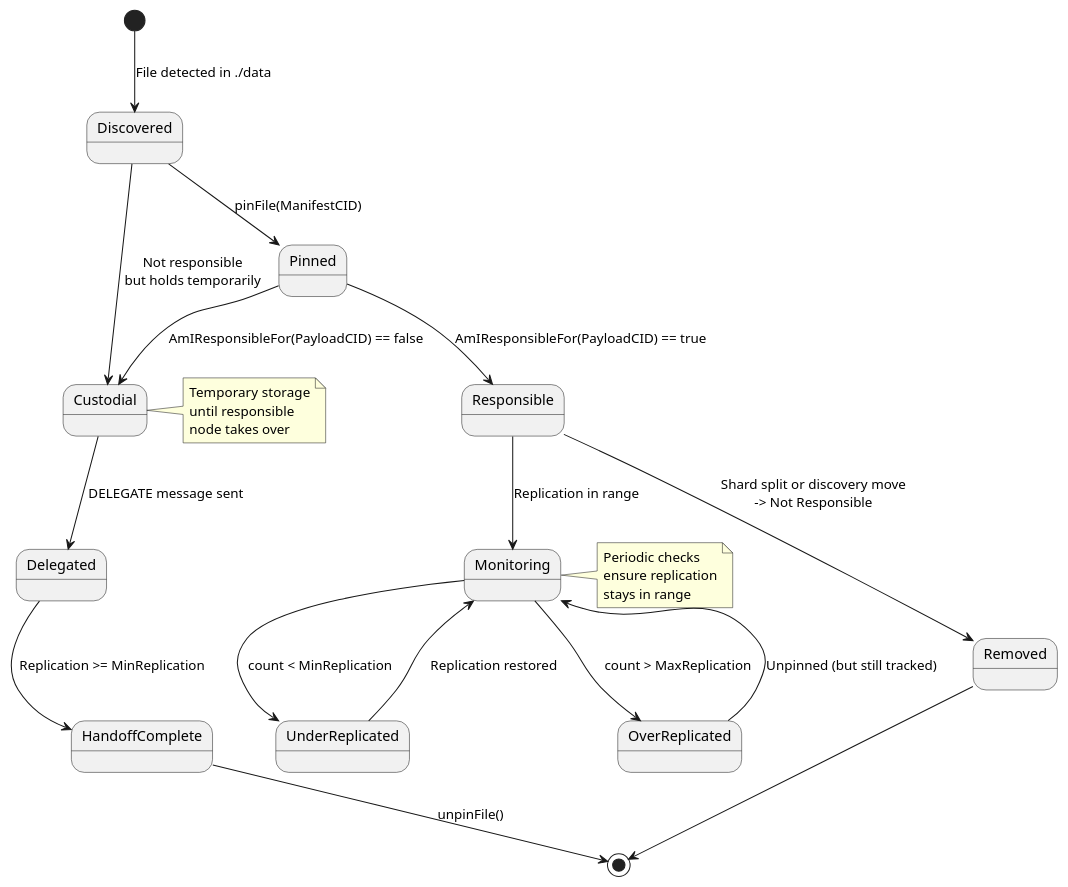
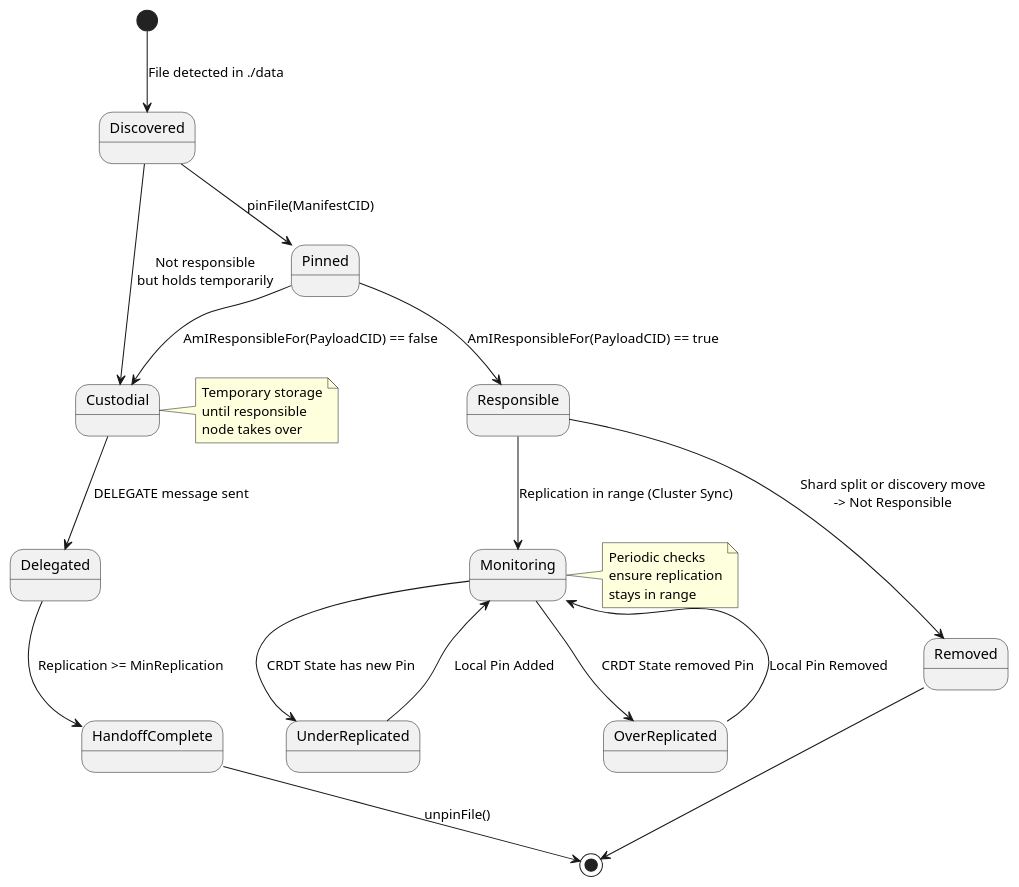
Before and after one commit to gipplab/D-LOCKSS: the diagram in docs/file_lifecycle_state.puml, drawn with PlantUML. The commit also changed 23 other files, not shown here.

Commit message:
added ipfs cluster as replication manager

```diff
--- a/docs/file_lifecycle_state.puml
+++ b/docs/file_lifecycle_state.puml
@@ -1,37 +1,37 @@
 @startuml File Lifecycle State Diagram
 
 [*] --> Discovered: File detected in ./data
 
 Discovered --> Pinned: pinFile(ManifestCID)
 Discovered --> Custodial: Not responsible\nbut holds temporarily
 
 Pinned --> Responsible: AmIResponsibleFor(PayloadCID) == true
 Pinned --> Custodial: AmIResponsibleFor(PayloadCID) == false
 
 Custodial --> Delegated: DELEGATE message sent
 Delegated --> HandoffComplete: Replication >= MinReplication
 HandoffComplete --> [*]: unpinFile()
 
-Responsible --> Monitoring: Replication in range
-Monitoring --> UnderReplicated: count < MinReplication
-Monitoring --> OverReplicated: count > MaxReplication
+Responsible --> Monitoring: Replication in range (Cluster Sync)
+Monitoring --> UnderReplicated: CRDT State has new Pin
+Monitoring --> OverReplicated: CRDT State removed Pin
 
-UnderReplicated --> Monitoring: Replication restored
-OverReplicated --> Monitoring: Unpinned (but still tracked)
+UnderReplicated --> Monitoring: Local Pin Added
+OverReplicated --> Monitoring: Local Pin Removed
 
 Responsible --> Removed: Shard split or discovery move\n-> Not Responsible
 Removed --> [*]
 
 note right of Custodial
     Temporary storage
     until responsible
     node takes over
 end note
 
 note right of Monitoring
     Periodic checks
     ensure replication
     stays in range
 end note
 
 @enduml
```
